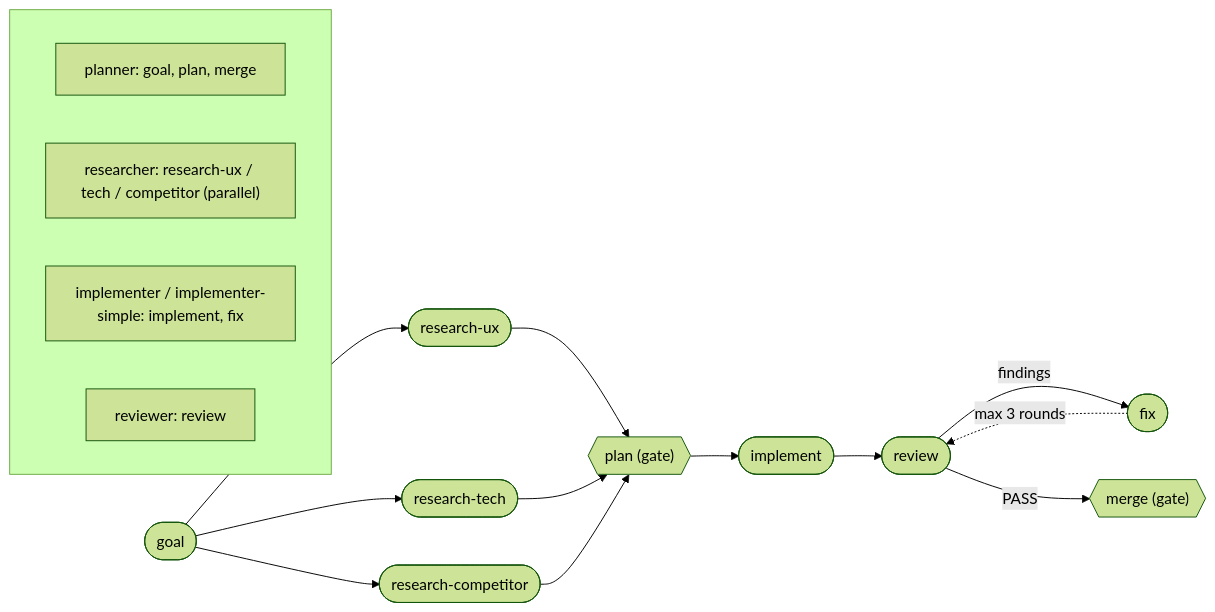
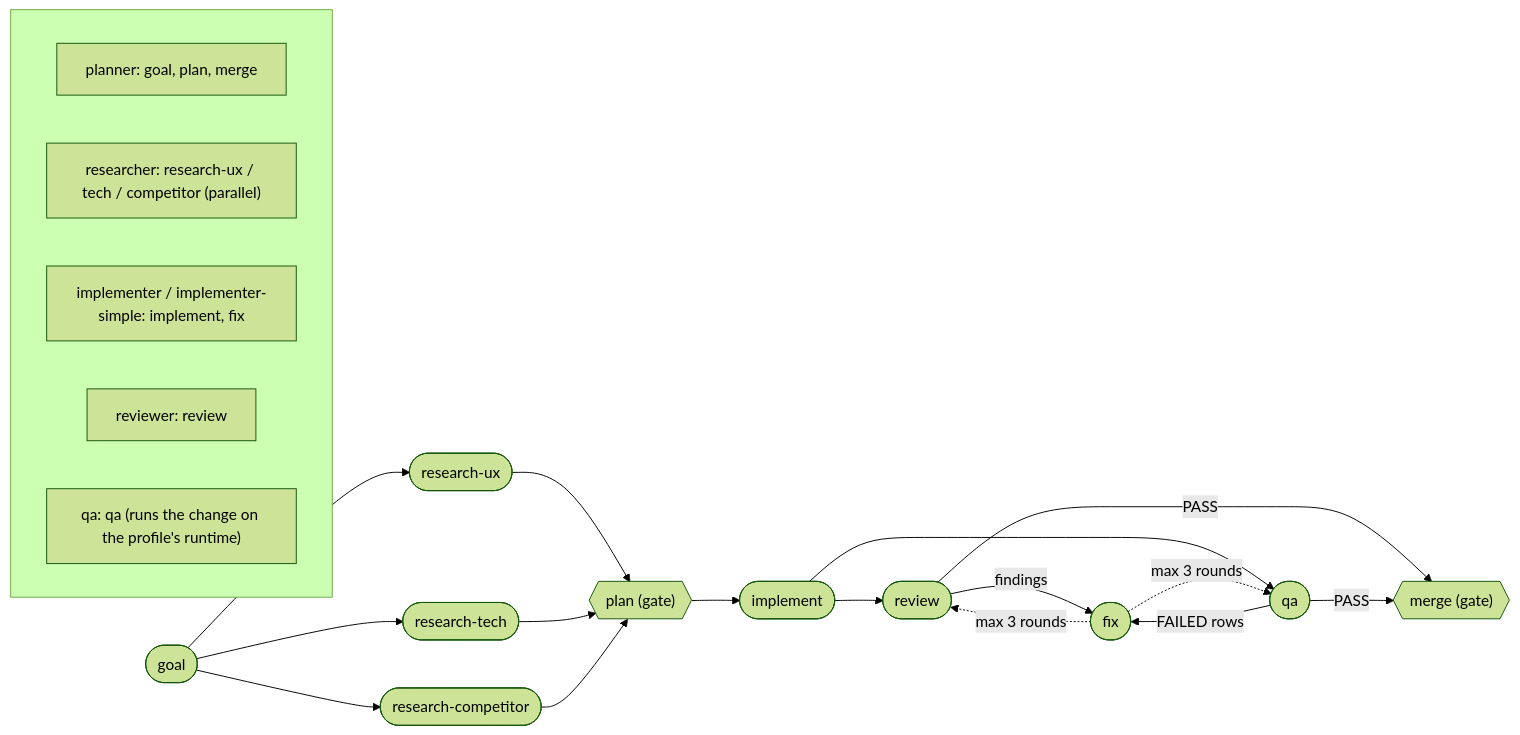
The diagram in README.md (ShonP/graph-engineering), drawn with Mermaid (forest theme) before and after one commit. The commit also changed other lines of this file and 16 other files, not shown here.

````diff
--- a/README.md
+++ b/README.md
@@ -31,18 +31,20 @@
 ```mermaid
 flowchart LR
     goal([goal]) --> rux([research-ux]) & rtech([research-tech]) & rcomp([research-competitor])
     rux & rtech & rcomp --> plan{{"plan (gate)"}}
     plan --> implement([implement])
-    implement --> review([review])
+    implement --> review([review]) & qa([qa])
     review -->|findings| fix([fix])
-    fix -.->|"max 3 rounds"| review
-    review -->|PASS| merge{{"merge (gate)"}}
+    qa -->|FAILED rows| fix
+    fix -.->|"max 3 rounds"| review & qa
+    review & qa -->|PASS| merge{{"merge (gate)"}}
 
     subgraph agents [" "]
         direction LR
         a1["planner: goal, plan, merge"]
         a0["researcher: research-ux / tech / competitor (parallel)"]
         a2["implementer / implementer-simple: implement, fix"]
         a3["reviewer: review"]
+        a4["qa: qa (runs the change on the profile's runtime)"]
     end
 ```
````
